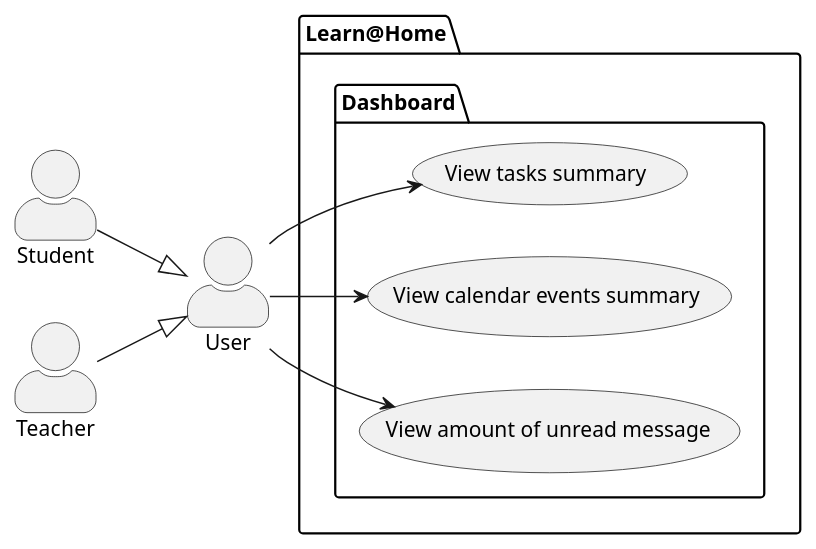
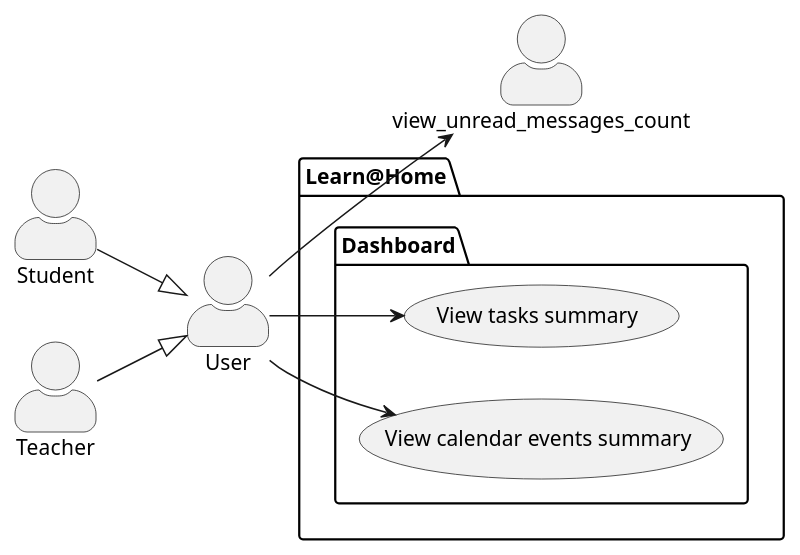
Before and after one commit to Zuruuh/dev4u: the diagram in diagrams/use_cases/dashboard.puml, drawn with PlantUML. The commit also changed 2 other files, not shown here.

Commit message:
✨ Update diagrams, add more actions for users

```diff
--- a/diagrams/use_cases/dashboard.puml
+++ b/diagrams/use_cases/dashboard.puml
@@ -1,25 +1,24 @@
 @startuml Dashboard
 
 skinparam actorStyle awesome
 left to right direction
 
 actor "User" as user
 actor "Student" as student
 actor "Teacher" as teacher
 
 package Learn@Home {
     package Dashboard {
         usecase "View tasks summary" as view_tasks_summary
         usecase "View calendar events summary" as view_calendar_events_summary
-        usecase "View amount of unread message" as view_unread_messages_count
     }
 }
 
 teacher --|> user
 student --|> user
 
 user --> view_tasks_summary
 user --> view_calendar_events_summary
 user --> view_unread_messages_count
 
 @enduml
```
